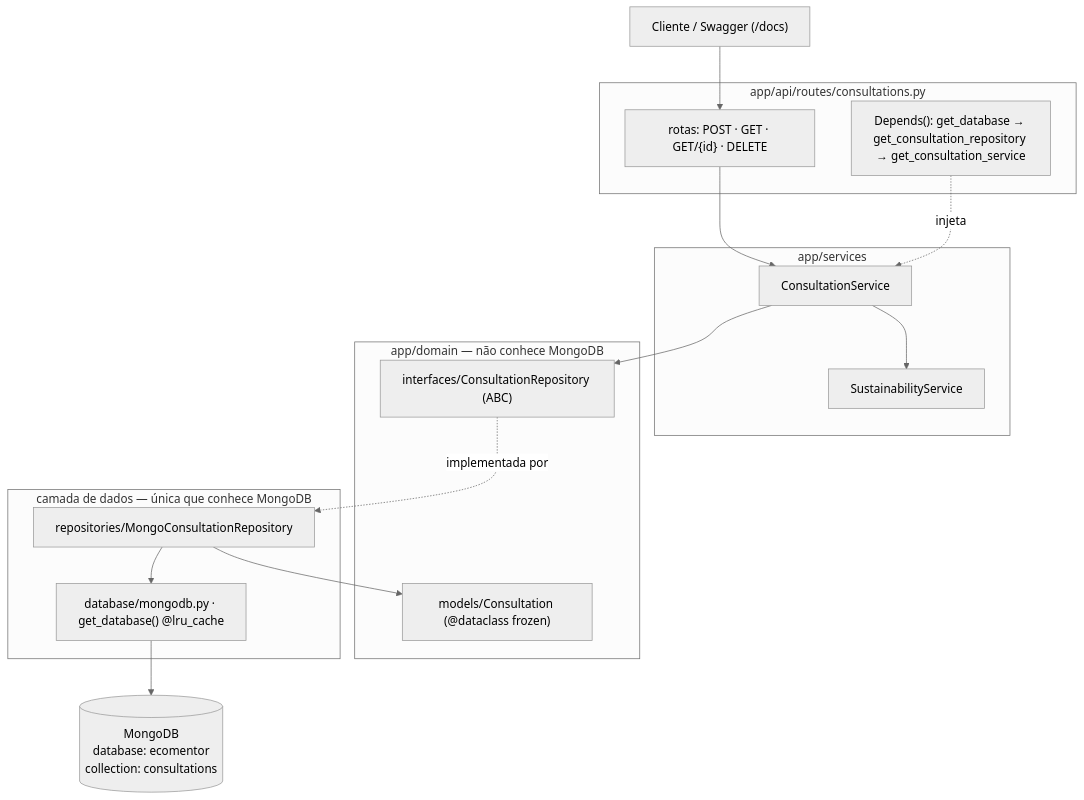
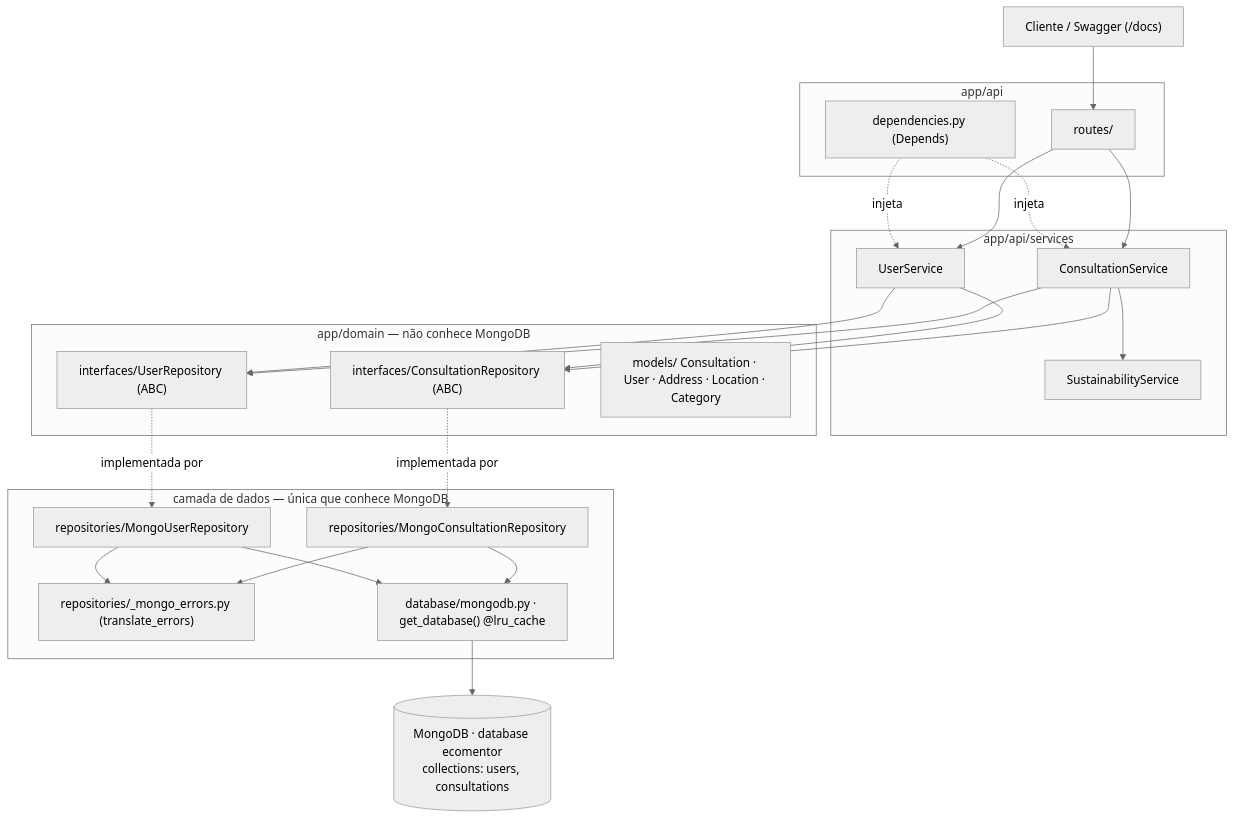
The first of 2 diagrams in backend/docs/DocMongoDB.md (BrenoNosima/AEP-ESOFT6S-NA-6-SEMESTRE), drawn with Mermaid (neutral theme) before and after one commit. The commit also changed other lines of this file, not shown here.

````diff
--- a/backend/docs/DocMongoDB.md
+++ b/backend/docs/DocMongoDB.md
@@ -20,32 +28,44 @@
 ```mermaid
 flowchart TD
     Client["Cliente / Swagger (/docs)"]
 
-    subgraph api["app/api/routes/consultations.py"]
-        Route["rotas: POST · GET · GET/{id} · DELETE"]
-        Dep["Depends(): get_database → get_consultation_repository → get_consultation_service"]
+    subgraph api["app/api"]
+        Route["routes/"]
+        Dep["dependencies.py (Depends)"]
     end
-    subgraph services["app/services"]
+    subgraph services["app/api/services"]
         CService["ConsultationService"]
+        UService["UserService"]
         SService["SustainabilityService"]
     end
     subgraph domain["app/domain — não conhece MongoDB"]
-        Interface["interfaces/ConsultationRepository (ABC)"]
-        Model["models/Consultation (@dataclass frozen)"]
+        CIface["interfaces/ConsultationRepository (ABC)"]
+        UIface["interfaces/UserRepository (ABC)"]
+        Models["models/ Consultation · User · Address · Location · Category"]
     end
     subgraph data["camada de dados — única que conhece MongoDB"]
-        Repo["repositories/MongoConsultationRepository"]
+        CRepo["repositories/MongoConsultationRepository"]
+        URepo["repositories/MongoUserRepository"]
+        Errors["repositories/_mongo_errors.py (translate_errors)"]
         Conn["database/mongodb.py · get_database() @lru_cache"]
     end
-    Mongo[("MongoDB<br/>database: ecomentor<br/>collection: consultations")]
+    Mongo[("MongoDB · database ecomentor<br/>collections: users, consultations")]
 
     Client --> Route
     Route --> CService
+    Route --> UService
+    Dep -. injeta .-> CService
+    Dep -. injeta .-> UService
     CService --> SService
-    Dep -. injeta .-> CService
-    CService --> Interface
-    Interface -. implementada por .-> Repo
-    Repo --> Model
-    Repo --> Conn
+    CService --> CIface
+    CService --> UIface
+    UService --> UIface
+    UService --> CIface
+    CIface -. implementada por .-> CRepo
+    UIface -. implementada por .-> URepo
+    CRepo --> Errors
+    URepo --> Errors
+    CRepo --> Conn
+    URepo --> Conn
     Conn --> Mongo
 ```
````
